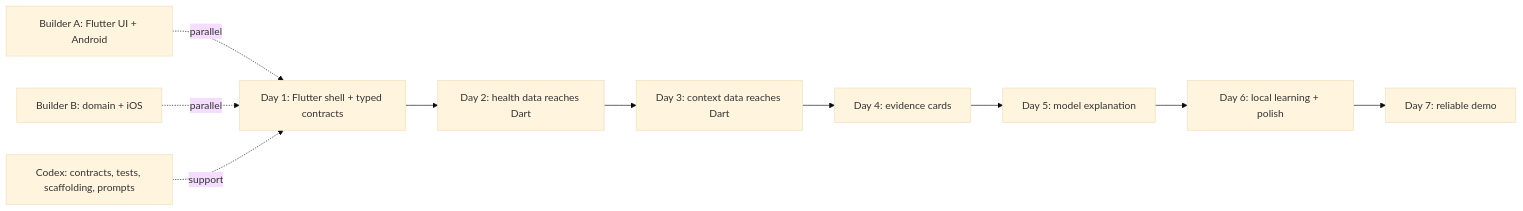
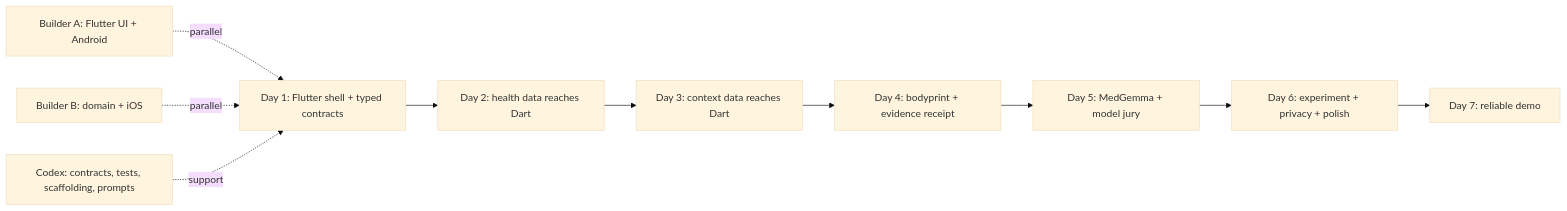
Before and after one commit to crixalis17/vueniverse: the eighth of 8 diagrams in HEALTH_OS_HACKATHON_PLAN.md, drawn with Mermaid (base theme). The commit also changed other lines of this file and 85 other files, not shown here.

````diff
--- a/HEALTH_OS_HACKATHON_PLAN.md
+++ b/HEALTH_OS_HACKATHON_PLAN.md
@@ -453,13 +1131,13 @@
 ```mermaid
 flowchart LR
     D1[Day 1: Flutter shell + typed contracts] --> D2[Day 2: health data reaches Dart]
     D2 --> D3[Day 3: context data reaches Dart]
-    D3 --> D4[Day 4: evidence cards]
-    D4 --> D5[Day 5: model explanation]
-    D5 --> D6[Day 6: local learning + polish]
+    D3 --> D4[Day 4: bodyprint + evidence receipt]
+    D4 --> D5[Day 5: MedGemma + model jury]
+    D5 --> D6[Day 6: experiment + privacy + polish]
     D6 --> D7[Day 7: reliable demo]
 
     A[Builder A: Flutter UI + Android] -.parallel.-> D1
     B[Builder B: domain + iOS] -.parallel.-> D1
     C[Codex: contracts, tests, scaffolding, prompts] -.support.-> D1
 ```
````
